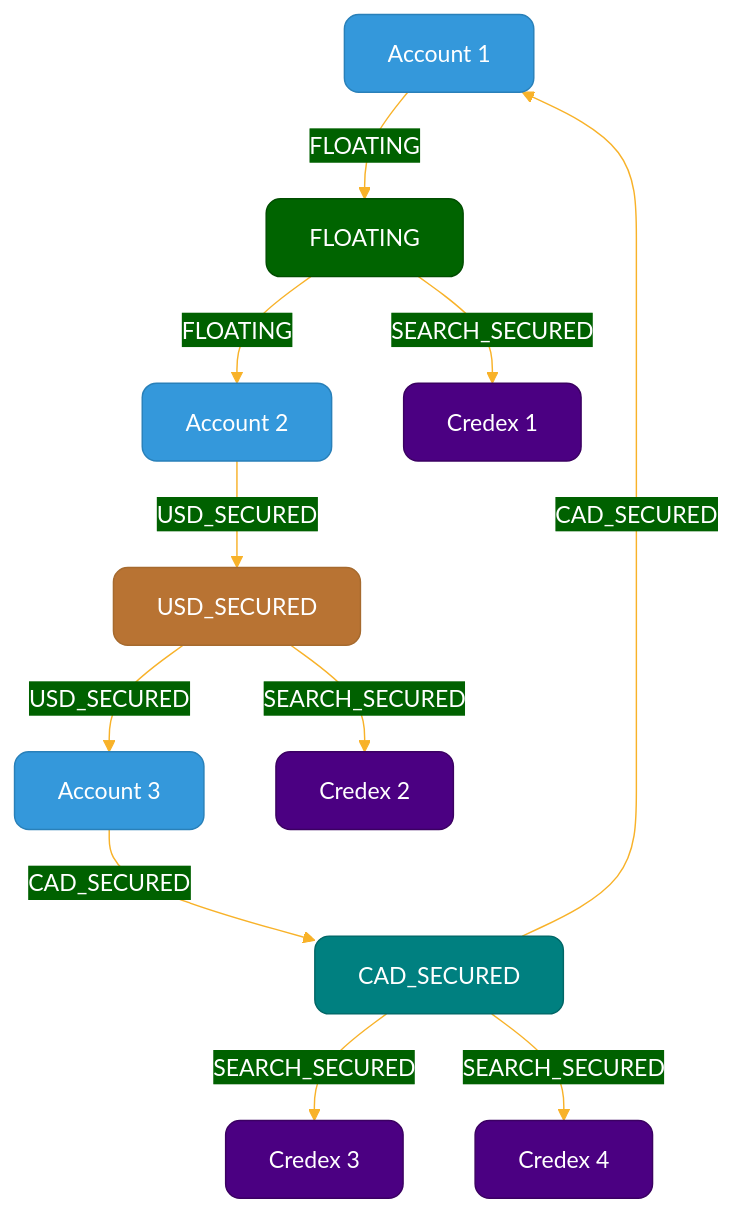
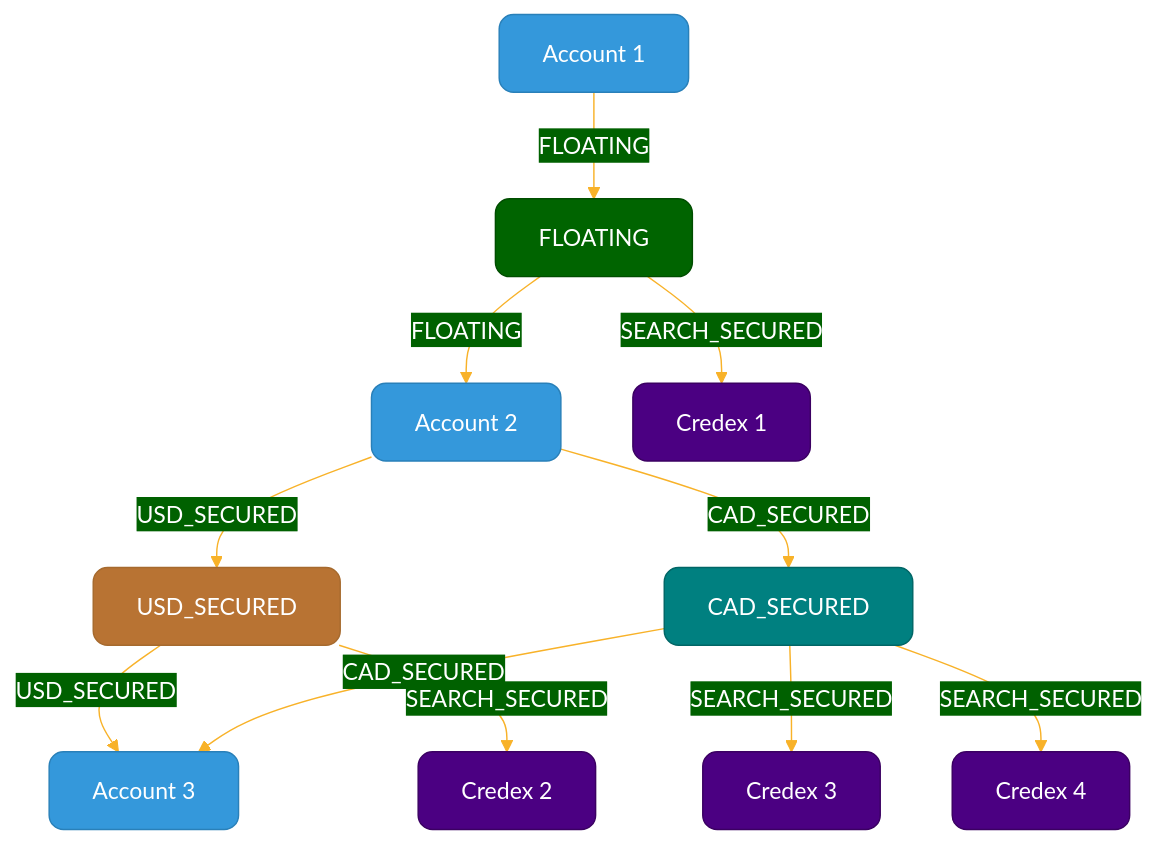
Before and after one commit to Great-Sun-Group/credex-core: the second of 2 diagrams in README.md, drawn with Mermaid. The commit also changed other lines of this file and 1 other file, not shown here.

Commit message:
postman and claude dev added to devcontainer

````diff
--- a/README.md
+++ b/README.md
@@ -545,36 +545,36 @@
 ```mermaid
 %%{init: {'theme': 'base', 'themeVariables': { 'primaryColor': '#4a4a4a', 'primaryTextColor': '#fff', 'primaryBorderColor': '#7C0000', 'lineColor': '#F8B229', 'secondaryColor': '#006100', 'tertiaryColor': '#fff'}}}%%
 
 graph TD
     %% Nodes
     A1[Account 1]:::accountNode
     A2[Account 2]:::accountNode
     A3[Account 3]:::accountNode
     SA1[FLOATING]:::searchAnchorFloating
     SA2[USD_SECURED]:::searchAnchorUSDSecured
     SA3[CAD_SECURED]:::searchAnchorCADSecured
     C1[Credex 1]:::credexNode
     C2[Credex 2]:::credexNode
     C3[Credex 3]:::credexNode
     C4[Credex 4]:::credexNode
 
     %% Relationships
     A1 --> |FLOATING| SA1
     SA1 --> |FLOATING| A2
     A2 --> |USD_SECURED| SA2
     SA2 --> |USD_SECURED| A3
-    A3 --> |CAD_SECURED| SA3
-    SA3 --> |CAD_SECURED| A1
+    A2 --> |CAD_SECURED| SA3
+    SA3 --> |CAD_SECURED| A3
     SA1 --> |SEARCH_SECURED| C1
     SA2 --> |SEARCH_SECURED| C2
     SA3 --> |SEARCH_SECURED| C3
     SA3 --> |SEARCH_SECURED| C4
 
     %% Styles
     classDef accountNode fill:#3498db,stroke:#2980b9,color:#fff,rx:10,ry:10;
     classDef searchAnchorFloating fill:#006400,stroke:#004d00,color:#fff,rx:10,ry:10;
     classDef searchAnchorUSDSecured fill:#b87333,stroke:#a66a2e,color:#fff,rx:10,ry:10;
     classDef searchAnchorCADSecured fill:#008080,stroke:#006666,color:#fff,rx:10,ry:10;
     classDef credexNode fill:#4B0082,stroke:#3B0062,color:#fff,rx:10,ry:10;
 
 ```
````
